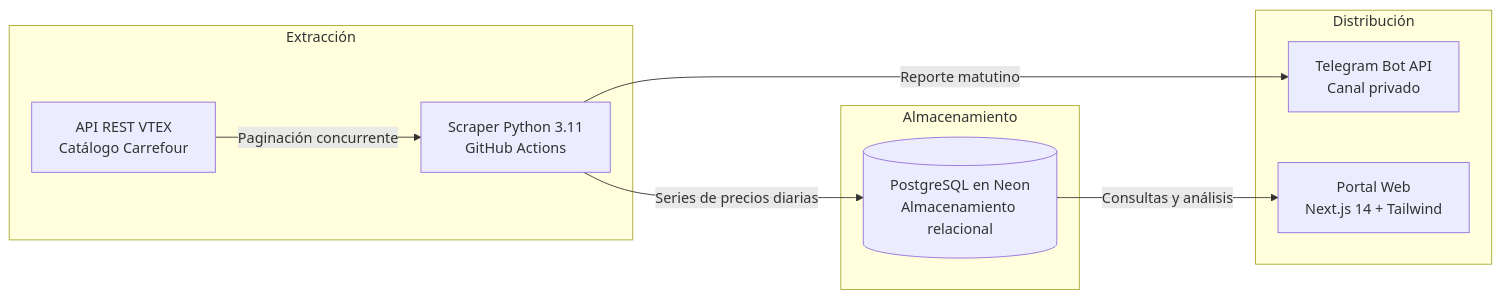
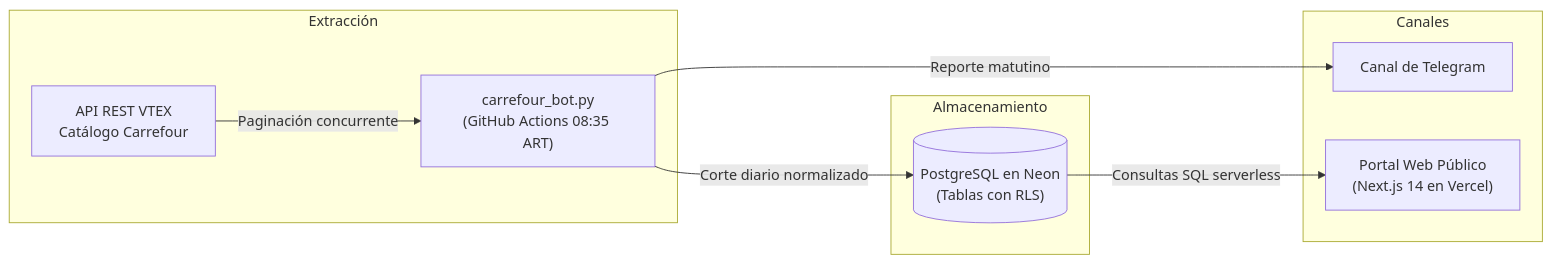
One commit to SoySid/carrefour-bot changed the diagram in README.md. Above: the diagram before and after it, drawn with Mermaid. The commit also changed other lines of this file and 1 other file, not shown here.

````diff
--- a/README.md
+++ b/README.md
@@ -13,15 +22,15 @@
 ```mermaid
 flowchart LR
     subgraph Extracción
-        API[API REST VTEX<br/>Catálogo Carrefour] -->|Paginación concurrente| BOT[Scraper Python 3.11<br/>GitHub Actions]
+        API[API REST VTEX<br/>Catálogo Carrefour] -->|Paginación concurrente| BOT["carrefour_bot.py<br/>(GitHub Actions 08:35 ART)"]
     end
 
     subgraph Almacenamiento
-        BOT -->|Series de precios diarias| DB[(PostgreSQL en Neon<br/>Almacenamiento relacional)]
+        BOT -->|Corte diario normalizado| DB[("PostgreSQL en Neon<br/>(Tablas con RLS)")]
     end
 
-    subgraph Distribución
-        BOT -->|Reporte matutino| TG[Telegram Bot API<br/>Canal privado]
-        DB -->|Consultas y análisis| WEB[Portal Web<br/>Next.js 14 + Tailwind]
+    subgraph Canales
+        BOT -->|Reporte matutino| TG[Canal de Telegram]
+        DB -->|Consultas SQL serverless| WEB["Portal Web Público<br/>(Next.js 14 en Vercel)"]
     end
 ```
````
